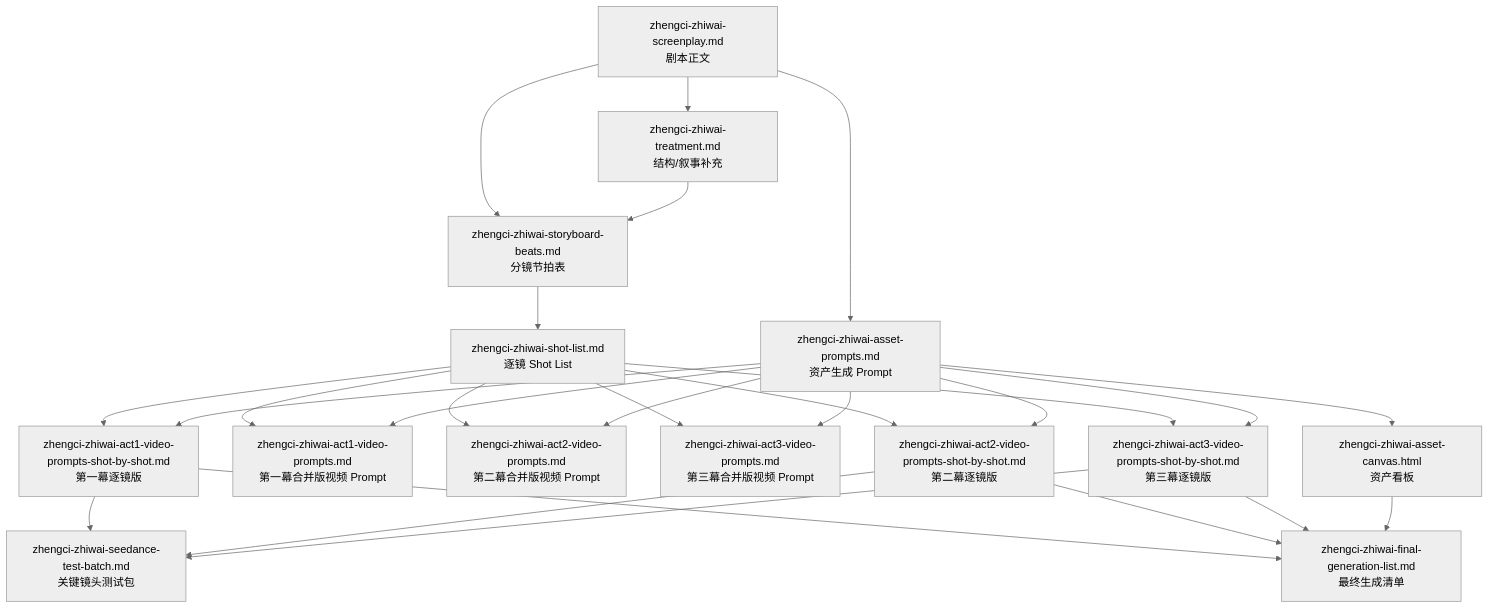
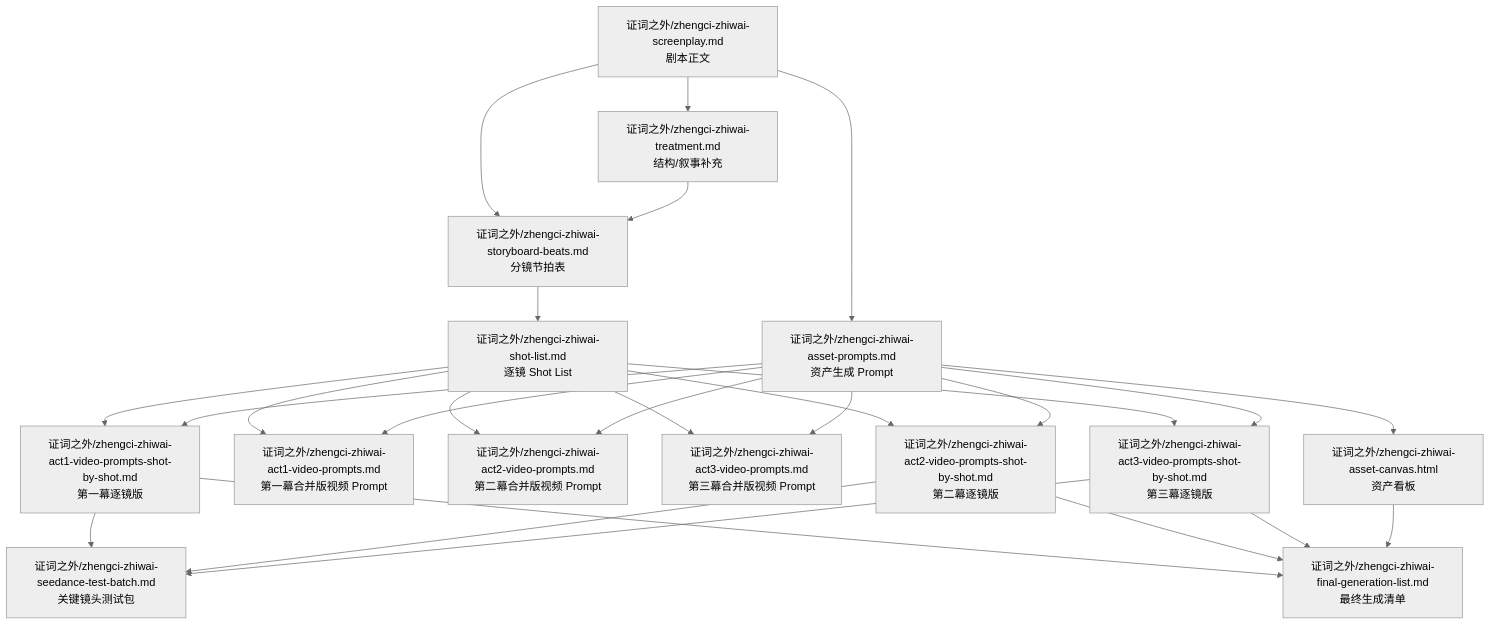
One commit to kanjiang/AI_VIDEO_GENERATOR changed the first of 2 diagrams in screenplay/file-relationship-map.md. Above: the diagram before and after it, drawn with Mermaid (neutral theme). The commit also changed other lines of this file and 466 other files, not shown here.

````diff
--- a/screenplay/file-relationship-map.md
+++ b/screenplay/file-relationship-map.md
@@ -58,28 +58,28 @@
 ```mermaid
 flowchart TD
-    A[zhengci-zhiwai-screenplay.md<br/>剧本正文] --> B[zhengci-zhiwai-treatment.md<br/>结构/叙事补充]
-    A --> C[zhengci-zhiwai-storyboard-beats.md<br/>分镜节拍表]
+    A[证词之外/zhengci-zhiwai-screenplay.md<br/>剧本正文] --> B[证词之外/zhengci-zhiwai-treatment.md<br/>结构/叙事补充]
+    A --> C[证词之外/zhengci-zhiwai-storyboard-beats.md<br/>分镜节拍表]
     B --> C
-    C --> D[zhengci-zhiwai-shot-list.md<br/>逐镜 Shot List]
-    A --> E[zhengci-zhiwai-asset-prompts.md<br/>资产生成 Prompt]
-    E --> F[zhengci-zhiwai-asset-canvas.html<br/>资产看板]
-    D --> G[zhengci-zhiwai-act1-video-prompts.md<br/>第一幕合并版视频 Prompt]
-    D --> H[zhengci-zhiwai-act2-video-prompts.md<br/>第二幕合并版视频 Prompt]
-    D --> I[zhengci-zhiwai-act3-video-prompts.md<br/>第三幕合并版视频 Prompt]
-    D --> J[zhengci-zhiwai-act1-video-prompts-shot-by-shot.md<br/>第一幕逐镜版]
-    D --> K[zhengci-zhiwai-act2-video-prompts-shot-by-shot.md<br/>第二幕逐镜版]
-    D --> L[zhengci-zhiwai-act3-video-prompts-shot-by-shot.md<br/>第三幕逐镜版]
+    C --> D[证词之外/zhengci-zhiwai-shot-list.md<br/>逐镜 Shot List]
+    A --> E[证词之外/zhengci-zhiwai-asset-prompts.md<br/>资产生成 Prompt]
+    E --> F[证词之外/zhengci-zhiwai-asset-canvas.html<br/>资产看板]
+    D --> G[证词之外/zhengci-zhiwai-act1-video-prompts.md<br/>第一幕合并版视频 Prompt]
+    D --> H[证词之外/zhengci-zhiwai-act2-video-prompts.md<br/>第二幕合并版视频 Prompt]
+    D --> I[证词之外/zhengci-zhiwai-act3-video-prompts.md<br/>第三幕合并版视频 Prompt]
+    D --> J[证词之外/zhengci-zhiwai-act1-video-prompts-shot-by-shot.md<br/>第一幕逐镜版]
+    D --> K[证词之外/zhengci-zhiwai-act2-video-prompts-shot-by-shot.md<br/>第二幕逐镜版]
+    D --> L[证词之外/zhengci-zhiwai-act3-video-prompts-shot-by-shot.md<br/>第三幕逐镜版]
     E --> G
     E --> H
     E --> I
     E --> J
     E --> K
     E --> L
-    J --> M[zhengci-zhiwai-seedance-test-batch.md<br/>关键镜头测试包]
+    J --> M[证词之外/zhengci-zhiwai-seedance-test-batch.md<br/>关键镜头测试包]
     K --> M
     L --> M
-    J --> N[zhengci-zhiwai-final-generation-list.md<br/>最终生成清单]
+    J --> N[证词之外/zhengci-zhiwai-final-generation-list.md<br/>最终生成清单]
     K --> N
     L --> N
     F --> N
 ```
````
